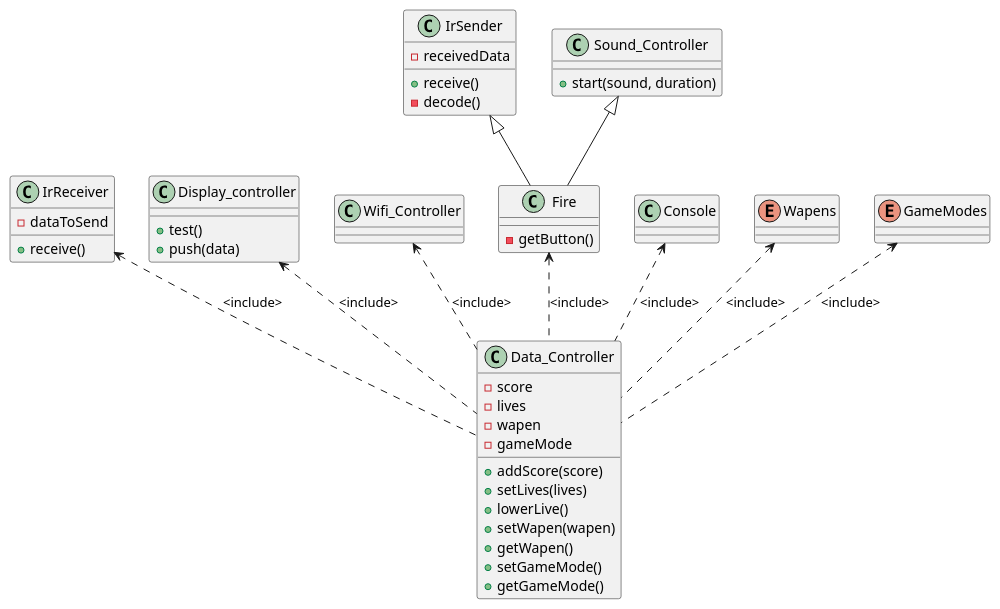
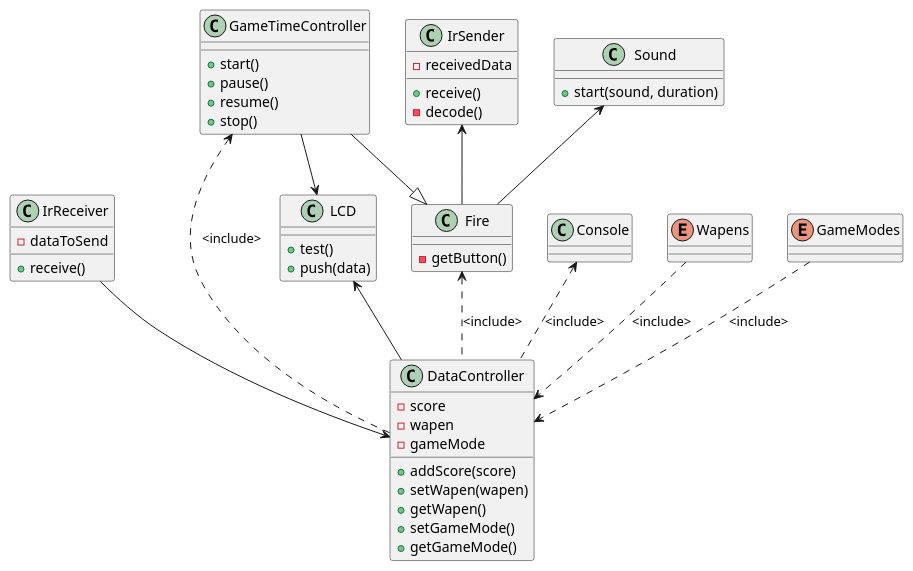
Before and after one commit to DavidDriessen/Skilled-Eagle_Lazer-Game: the diagram in Docs/class.puml, drawn with PlantUML.

Commit message:
classdiagram names

```diff
--- a/Docs/class.puml
+++ b/Docs/class.puml
@@ -1,55 +1,57 @@
 @startuml
 
 class IrReceiver{
 -dataToSend
 +receive()
 }
 class IrSender{
 -receivedData
 +receive()
 -decode()
 }
-class Display_controller {
+class LCD {
 +test()
 +push(data)
 }
-class Sound_Controller{
+class Sound{
 +start(sound, duration)
-}
-class Wifi_Controller{
-
 }
 class Fire{
 -getButton()
 }
 class Console{
 }
-class Data_Controller{
+class DataController{
 -score
--lives
 -wapen
 -gameMode
 +addScore(score)
-+setLives(lives)
-+lowerLive()
 +setWapen(wapen)
 +getWapen()
 +setGameMode()
 +getGameMode()
+}
+class GameTimeController{
++start()
++pause()
++resume()
++stop()
 }
 
 enum Wapens
 enum GameModes
 
 
-Console <.. Data_Controller: <include>
-Wifi_Controller <.. Data_Controller: <include>
-Display_controller <.. Data_Controller: <include>
-IrReceiver <.. Data_Controller: <include>
-Fire <.. Data_Controller: <include>
-Wapens <.. Data_Controller: <include>
-GameModes <.. Data_Controller: <include>
-Sound_Controller <|-- Fire
-IrSender <|-- Fire
+GameModes ..> DataController: <include>
+Wapens ..> DataController: <include>
+Fire <.. DataController: <include>
+Console <.. DataController: <include>
+LCD <-- DataController
+GameTimeController <.. DataController: <include>
+GameTimeController --> LCD
+GameTimeController --|> Fire
+IrReceiver --> DataController
+Sound <-- Fire
+IrSender <-- Fire
 
 @enduml
```
